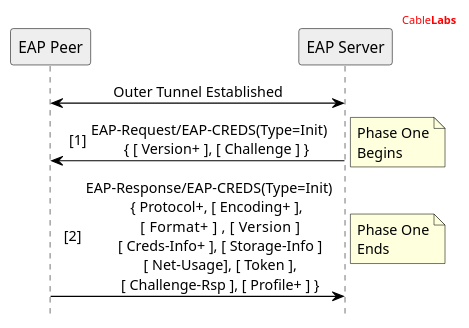
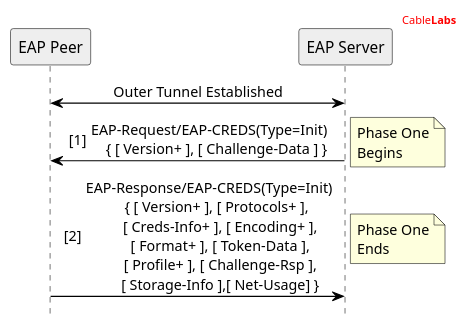
Before and after one commit to openca/eap-creds: the diagram in Extras/UML/EAP-CREDS Phase One Flow.puml, drawn with PlantUML. The commit also changed 56 other files, not shown here.

```diff
--- a/Extras/UML/EAP-CREDS Phase One Flow.puml
+++ b/Extras/UML/EAP-CREDS Phase One Flow.puml
@@ -2,40 +2,40 @@
 @startuml
 
 '' header information
 header
 <font color="red">Cable<b>Labs</b></font>
 endheader
 
 '' Use this to hide the foot boxes
 hide footbox
 
 skinparam sequenceMessageAlign center
 skinparam NoteBorderColor black
 '' skinparam BackgroundColor #ddd
 
 ''skinparam shadowing<<no_shadow>> true
 ''skinparam shadowing<<with_shadow>> false
 
 skinparam sequence {
 	borderColor black
 	ArrowColor black
 	ActorBorderColor black
 	ParticipantBorderColor black
 	LifeLineBorderColor black
 	LifeLineBackgroundColor white
 }
 
 '' Participants Declaration
 Participant "EAP Peer" as P #eee
 Participant "EAP Server" as S #eee
 
 P<->S: Outer Tunnel Established
 
 autonumber 1 "[##]"
-S->P: EAP-Request/EAP-CREDS(Type=Init)\n    { [ Version+ ], [ Challenge ] }
+S->P: EAP-Request/EAP-CREDS(Type=Init)\n    { [ Version+ ], [ Challenge-Data ] }
 note right: Phase One\nBegins
 
-P->S: EAP-Response/EAP-CREDS(Type=Init)\n    { Protocol+, [ Encoding+ ],\n      [ Format+ ] , [  Version  ]\n      [ Creds-Info+ ], [ Storage-Info ]\n      [ Net-Usage], [ Token ],\n      [ Challenge-Rsp ], [ Profile+ ] }
+P->S: EAP-Response/EAP-CREDS(Type=Init)\n    { [ Version+ ], [ Protocols+ ],\n      [ Creds-Info+ ], [ Encoding+ ],\n      [ Format+ ], [ Token-Data ],\n      [ Profile+ ], [ Challenge-Rsp ],\n      [ Storage-Info ],[ Net-Usage] }
 note right: Phase One\nEnds
 
 @enduml
```
